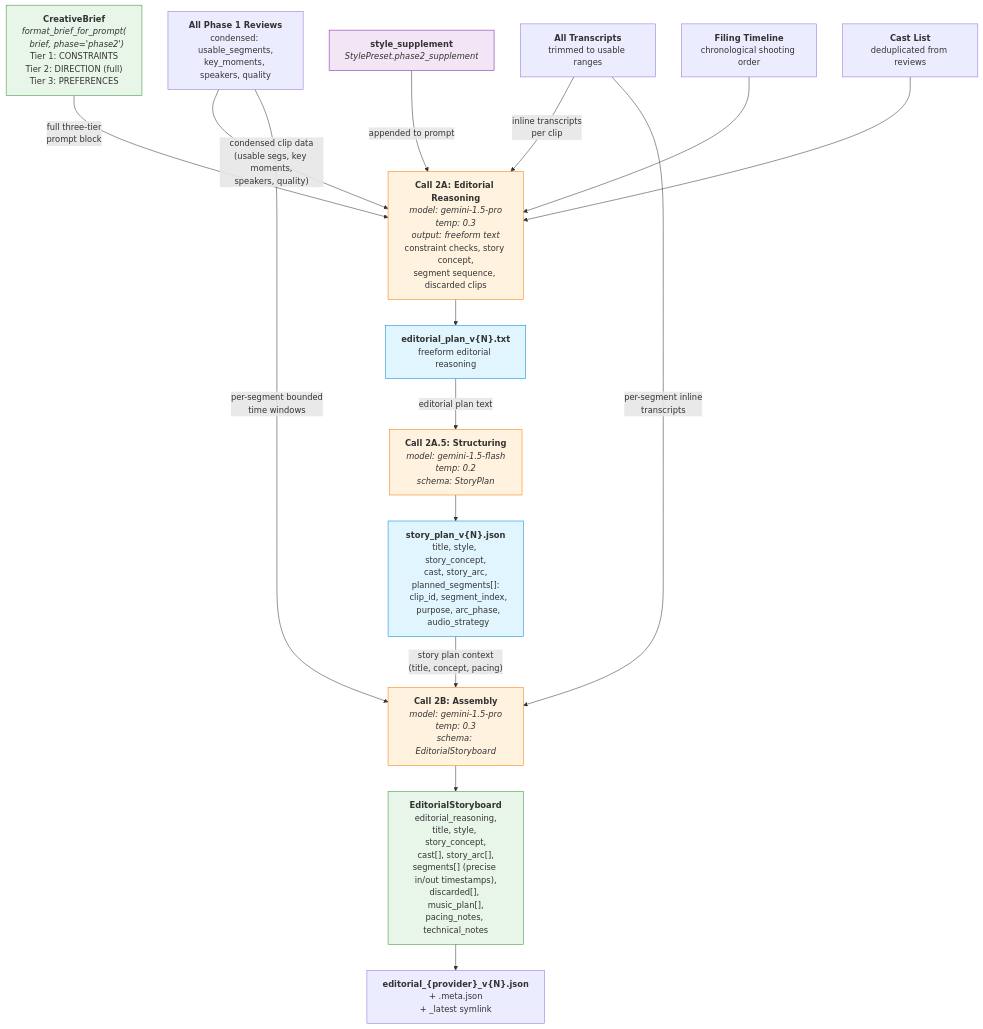
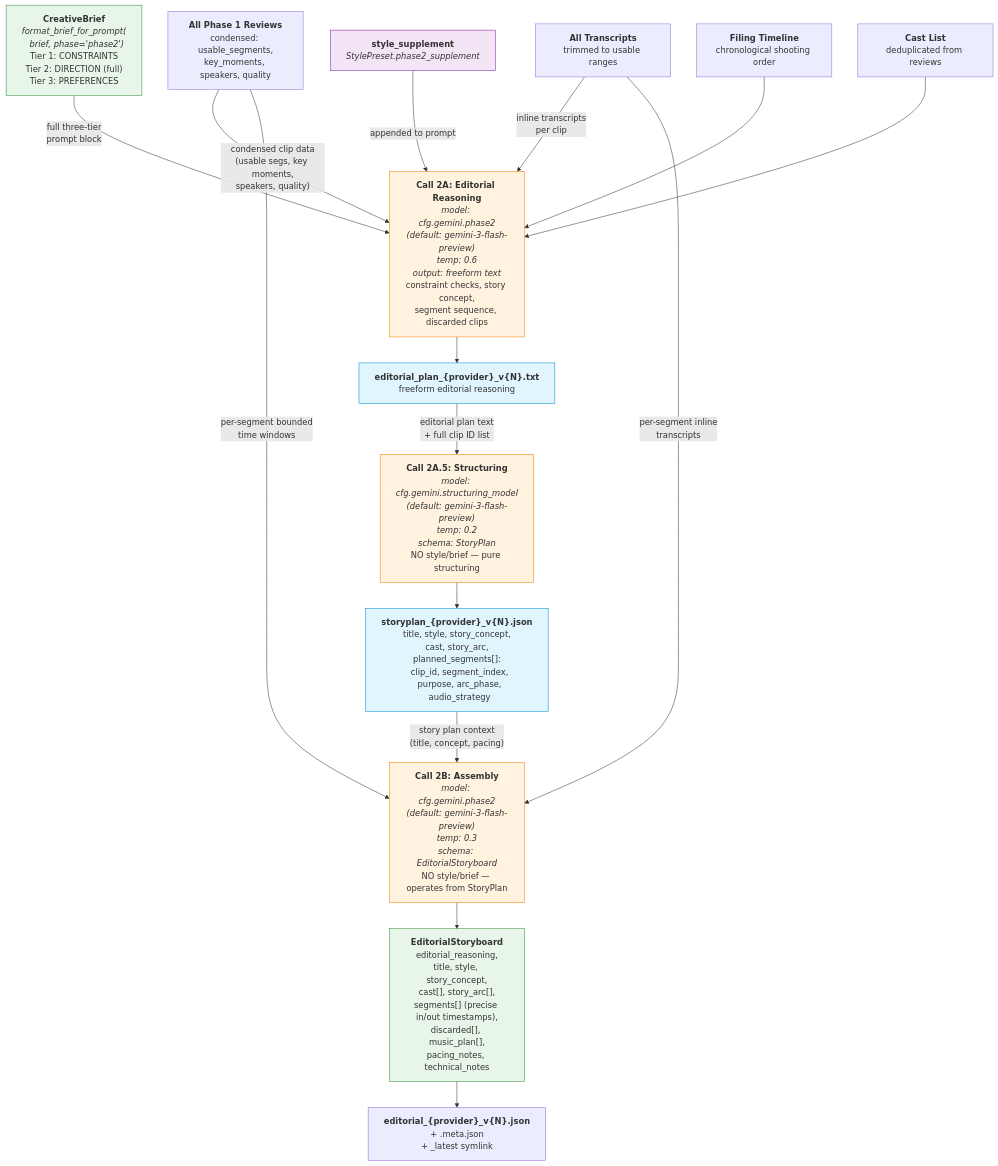
One commit to MaxCSHan/ai-video-editor changed the tenth of 13 diagrams in docs/design-briefing-and-creative-brief.md. Above: the diagram before and after it, drawn with Mermaid. The commit also changed other lines of this file, not shown here.

First line of the commit message:
Fix hallucinated model names and incorrect data flows in design doc

````diff
--- a/docs/design-briefing-and-creative-brief.md
+++ b/docs/design-briefing-and-creative-brief.md
@@ -451,49 +451,49 @@
 ```mermaid
 graph TD
     %% ── Input artifacts ────────────────────────────────────────
     REVIEWS["<b>All Phase 1 Reviews</b><br/>condensed: usable_segments,<br/>key_moments, speakers, quality"]
     TRANS2["<b>All Transcripts</b><br/>trimmed to usable ranges"]
     CTX2["<b>CreativeBrief</b><br/><i>format_brief_for_prompt(<br/>  brief, phase='phase2')</i><br/>Tier 1: CONSTRAINTS<br/>Tier 2: DIRECTION (full)<br/>Tier 3: PREFERENCES"]
     STYLE2["<b>style_supplement</b><br/><i>StylePreset.phase2_supplement</i>"]
     TIMELINE["<b>Filing Timeline</b><br/>chronological shooting order"]
     CAST["<b>Cast List</b><br/>deduplicated from reviews"]
 
     %% ── Call 2A ────────────────────────────────────────────────
     REVIEWS -->|"condensed clip data<br/>(usable segs, key moments,<br/>speakers, quality)"| C2A
     TRANS2 -->|"inline transcripts<br/>per clip"| C2A
     CTX2 -->|"full three-tier<br/>prompt block"| C2A
     STYLE2 -->|"appended to prompt"| C2A
     TIMELINE --> C2A
     CAST --> C2A
 
-    C2A["<b>Call 2A: Editorial Reasoning</b><br/><i>model: gemini-1.5-pro</i><br/><i>temp: 0.3</i><br/><i>output: freeform text</i><br/>constraint checks, story concept,<br/>segment sequence, discarded clips"]
+    C2A["<b>Call 2A: Editorial Reasoning</b><br/><i>model: cfg.gemini.phase2<br/>(default: gemini-3-flash-preview)</i><br/><i>temp: 0.6</i><br/><i>output: freeform text</i><br/>constraint checks, story concept,<br/>segment sequence, discarded clips"]
 
-    C2A --> PLAN["<b>editorial_plan_v{N}.txt</b><br/>freeform editorial reasoning"]
+    C2A --> PLAN["<b>editorial_plan_{provider}_v{N}.txt</b><br/>freeform editorial reasoning"]
 
     %% ── Call 2A.5 ──────────────────────────────────────────────
-    PLAN -->|"editorial plan text"| C2A5
-    C2A5["<b>Call 2A.5: Structuring</b><br/><i>model: gemini-1.5-flash</i><br/><i>temp: 0.2</i><br/><i>schema: StoryPlan</i>"]
+    PLAN -->|"editorial plan text<br/>+ full clip ID list"| C2A5
+    C2A5["<b>Call 2A.5: Structuring</b><br/><i>model: cfg.gemini.structuring_model<br/>(default: gemini-3-flash-preview)</i><br/><i>temp: 0.2</i><br/><i>schema: StoryPlan</i><br/>NO style/brief — pure structuring"]
 
-    C2A5 --> SPLAN["<b>story_plan_v{N}.json</b><br/>title, style, story_concept,<br/>cast, story_arc,<br/>planned_segments[]:<br/>  clip_id, segment_index,<br/>  purpose, arc_phase,<br/>  audio_strategy"]
+    C2A5 --> SPLAN["<b>storyplan_{provider}_v{N}.json</b><br/>title, style, story_concept,<br/>cast, story_arc,<br/>planned_segments[]:<br/>  clip_id, segment_index,<br/>  purpose, arc_phase,<br/>  audio_strategy"]
 
     %% ── Call 2B ────────────────────────────────────────────────
     SPLAN -->|"story plan context<br/>(title, concept, pacing)"| C2B
     REVIEWS -->|"per-segment bounded<br/>time windows"| C2B
     TRANS2 -->|"per-segment inline<br/>transcripts"| C2B
 
-    C2B["<b>Call 2B: Assembly</b><br/><i>model: gemini-1.5-pro</i><br/><i>temp: 0.3</i><br/><i>schema: EditorialStoryboard</i>"]
+    C2B["<b>Call 2B: Assembly</b><br/><i>model: cfg.gemini.phase2<br/>(default: gemini-3-flash-preview)</i><br/><i>temp: 0.3</i><br/><i>schema: EditorialStoryboard</i><br/>NO style/brief — operates from StoryPlan"]
 
     C2B --> FINAL2["<b>EditorialStoryboard</b><br/>editorial_reasoning,<br/>title, style, story_concept,<br/>cast[], story_arc[],<br/>segments[] (precise in/out timestamps),<br/>discarded[], music_plan[],<br/>pacing_notes, technical_notes"]
 
     FINAL2 --> SAVE2["<b>editorial_{provider}_v{N}.json</b><br/>+ .meta.json<br/>+ _latest symlink"]
 
     %% ── Styling ────────────────────────────────────────────────
     style C2A fill:#fff3e0,stroke:#f57c00
     style C2A5 fill:#fff3e0,stroke:#f57c00
     style C2B fill:#fff3e0,stroke:#f57c00
     style CTX2 fill:#e8f5e9,stroke:#388e3c
     style STYLE2 fill:#f3e5f5,stroke:#7b1fa2
     style PLAN fill:#e1f5fe,stroke:#0288d1
     style SPLAN fill:#e1f5fe,stroke:#0288d1
     style FINAL2 fill:#e8f5e9,stroke:#388e3c
 ```
````
